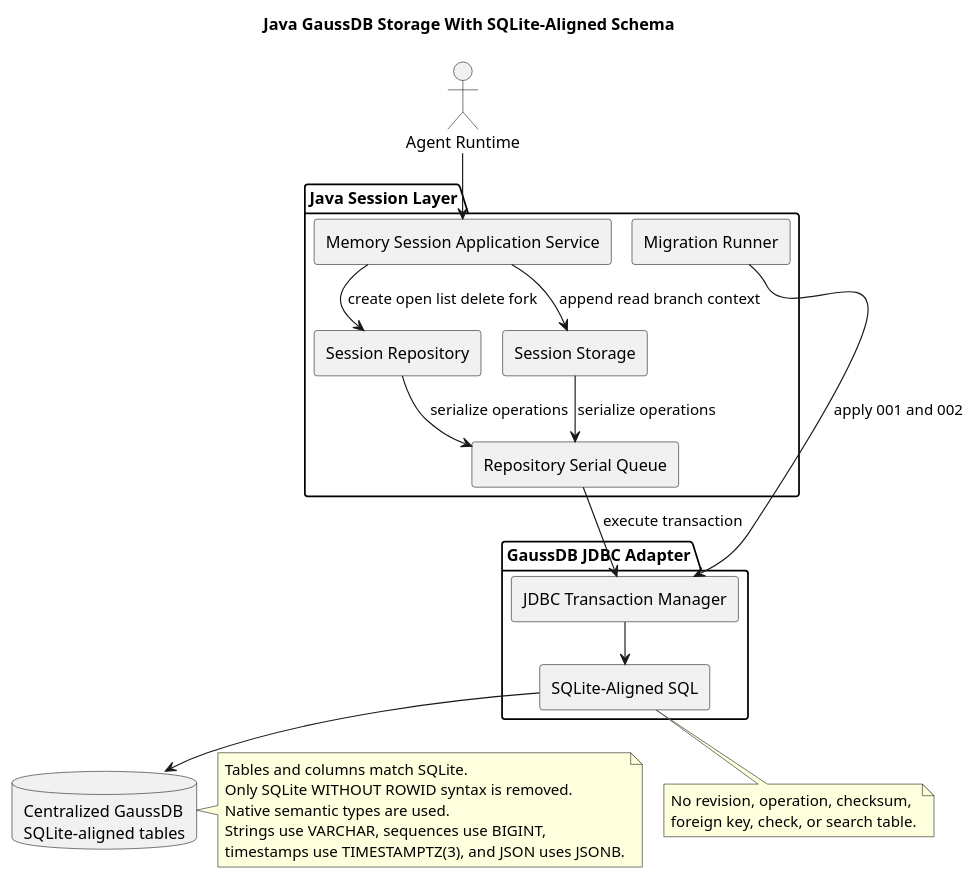
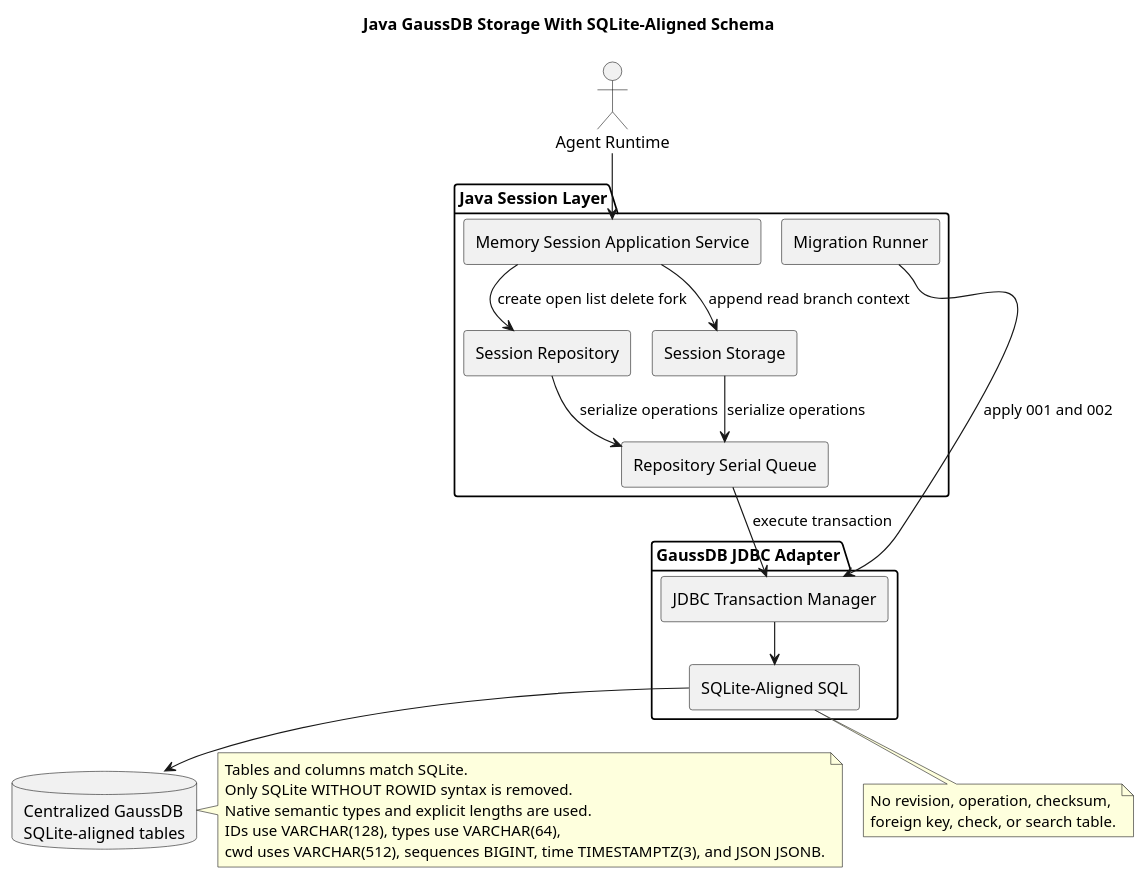
Before and after one commit to superheromeZzh/pi-mono-java-design: the first of 4 diagrams in diagrams/memory/diagram.puml, drawn with PlantUML. The commit also changed other lines of this file and 4 other files, not shown here.

Commit message:
docs(memory): define explicit GaussDB varchar lengths

```diff
--- a/diagrams/memory/diagram.puml
+++ b/diagrams/memory/diagram.puml
@@ -1,57 +1,57 @@
 @startuml memory-architecture
 !pragma layout smetana
 title Java GaussDB Storage With SQLite-Aligned Schema
 skinparam backgroundColor #FFFFFF
 skinparam componentStyle rectangle
 
 ' Source evidence:
 ' - badlogic/pi-mono@f0deb8dd8e9611e89b5bc4145ca92c03ae6ed4ee
 ' - packages/agent/src/harness/types.ts: SessionStorage
 ' - packages/agent/src/harness/session/repository.ts: SessionRepository
 ' - packages/storage/sqlite-node/src/sqlite/repo.ts: SqliteSessionBackend
 ' - packages/storage/sqlite-node/src/sqlite/migrations.ts: applyMigrations
 ' Observed behavior: one serialized repository owns SQLite session operations.
 ' Target adaptation: replace the driver and SQL dialect without changing table or column names.
 ' Design reason: the user requires physical SQLite schema alignment and no database extensions.
 
 actor "Agent Runtime" as runtime
 
 package "Java Session Layer" {
   [Memory Session Application Service] as app
   [Session Repository] as repository
   [Session Storage] as storage
   [Migration Runner] as migration
   [Repository Serial Queue] as queue
 }
 
 package "GaussDB JDBC Adapter" {
   [JDBC Transaction Manager] as tx
   [SQLite-Aligned SQL] as sql
 }
 
 database "Centralized GaussDB\nSQLite-aligned tables" as db
 
 runtime --> app
 app --> repository : create open list delete fork
 app --> storage : append read branch context
 repository --> queue : serialize operations
 storage --> queue : serialize operations
 queue --> tx : execute transaction
 migration --> tx : apply 001 and 002
 tx --> sql
 sql --> db
 
 note right of db
 Tables and columns match SQLite.
 Only SQLite WITHOUT ROWID syntax is removed.
-Native semantic types are used.
-Strings use VARCHAR, sequences use BIGINT,
-timestamps use TIMESTAMPTZ(3), and JSON uses JSONB.
+Native semantic types and explicit lengths are used.
+IDs use VARCHAR(128), types use VARCHAR(64),
+cwd uses VARCHAR(512), sequences BIGINT, time TIMESTAMPTZ(3), and JSON JSONB.
 end note
 
 note bottom of sql
 No revision, operation, checksum,
 foreign key, check, or search table.
 end note
 
 @enduml
```
